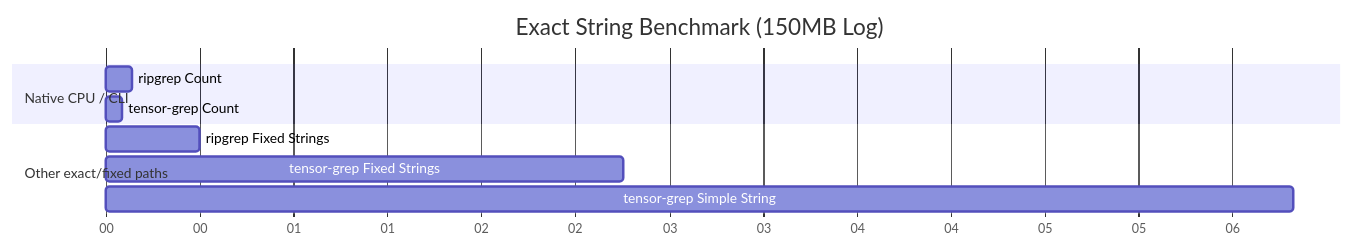
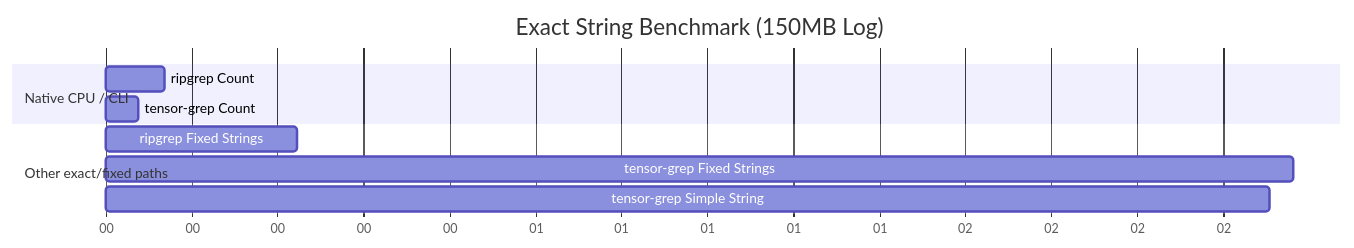
Before and after one commit to oimiragieo/tensor-grep: the third of 3 diagrams in docs/PAPER.md, drawn with Mermaid. The commit also changed other lines of this file and 18 other files, not shown here.

````diff
--- a/docs/PAPER.md
+++ b/docs/PAPER.md
@@ -124,15 +124,15 @@
 ```mermaid
 gantt
     title Exact String Benchmark (150MB Log)
     dateFormat  s
     axisFormat %S
     
     section Native CPU / CLI
-    ripgrep Count              :a1, 0, 0.137s
-    tensor-grep Count          :a2, 0, 0.088s
+    ripgrep Count              :a1, 0, 0.136s
+    tensor-grep Count          :a2, 0, 0.075s
     
     section Other exact/fixed paths
-    ripgrep Fixed Strings      :a3, 0, 0.500s
-    tensor-grep Fixed Strings  :a4, 0, 2.760s
-    tensor-grep Simple String  :a5, 0, 6.326s
+    ripgrep Fixed Strings      :a3, 0, 0.445s
+    tensor-grep Fixed Strings  :a4, 0, 2.764s
+    tensor-grep Simple String  :a5, 0, 2.708s
 ```
````
